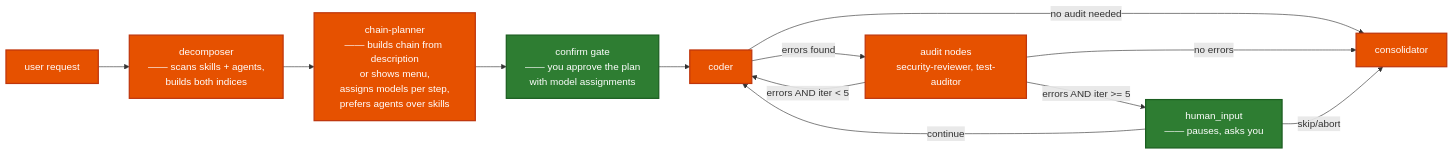
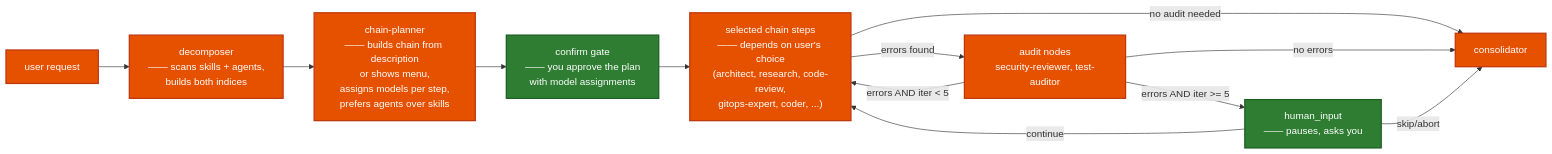
Before and after one commit to OliverEsoterik/fleet-management: the first of 6 diagrams in WORKFLOW.md, drawn with Mermaid. The commit also changed other lines of this file and 3 other files, not shown here.

````diff
--- a/WORKFLOW.md
+++ b/WORKFLOW.md
@@ -15,30 +25,30 @@
 ```mermaid
 flowchart LR
   classDef skill fill:#1a73e8,color:#fff,stroke:#0d47a1,stroke-width:2px
   classDef node fill:#e65100,color:#fff,stroke:#bf360c,stroke-width:2px
   classDef gate fill:#2e7d32,color:#fff,stroke:#1b5e20,stroke-width:2px
 
   user["user request"]
   decomposer["decomposer<br/>—— scans skills + agents,<br/>builds both indices"]
   chainPlanner["chain-planner<br/>—— builds chain from description<br/>or shows menu,<br/>assigns models per step,<br/>prefers agents over skills"]
   confirm["confirm gate<br/>—— you approve the plan<br/>with model assignments"]
-  coder["coder"]
+  chain["selected chain steps<br/>—— depends on user's choice<br/>(architect, research, code-review,<br/>gitops-expert, coder, ...)"]
   audit["audit nodes<br/>security-reviewer, test-auditor"]
   human["human_input<br/>—— pauses, asks you"]
   consolidator["consolidator"]
 
   user --> decomposer
   decomposer --> chainPlanner
   chainPlanner --> confirm
-  confirm --> coder
-  coder -->|errors found| audit
-  coder -->|no audit needed| consolidator
-  audit -->|errors AND iter < 5| coder
+  confirm --> chain
+  chain -->|errors found| audit
+  chain -->|no audit needed| consolidator
+  audit -->|errors AND iter < 5| chain
   audit -->|errors AND iter >= 5| human
   audit -->|no errors| consolidator
-  human -->|continue| coder
+  human -->|continue| chain
   human -->|skip/abort| consolidator
 
-  class decomposer,chainPlanner,coder,audit,consolidator node
+  class decomposer,chainPlanner,chain,audit,consolidator node
   class confirm,human gate
 ```
````
